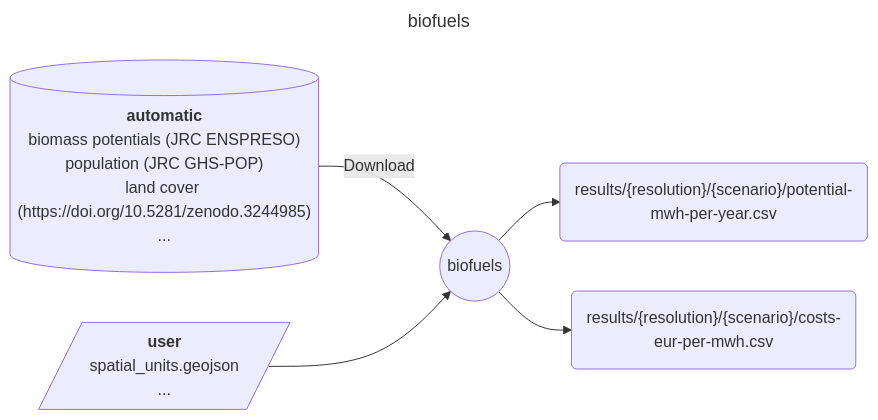
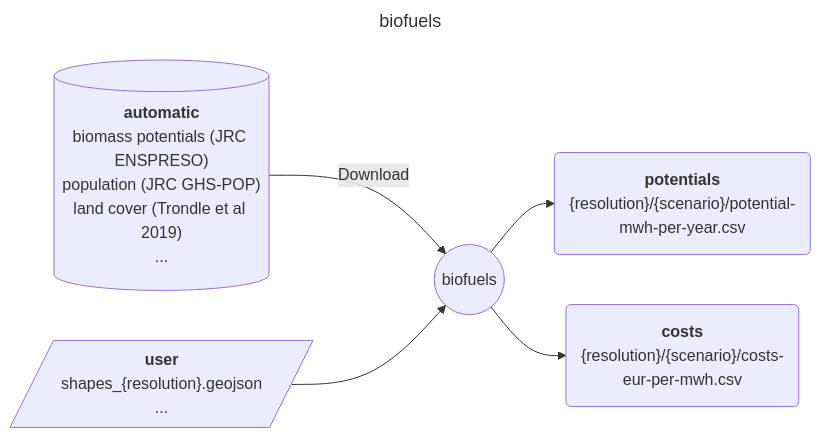
Before and after one commit to calliope-project/ec_modules: the diagram in modules/biofuels/README.md, drawn with Mermaid. The commit also changed other lines of this file and 5 other files, not shown here.

````diff
--- a/modules/biofuels/README.md
+++ b/modules/biofuels/README.md
@@ -9,22 +9,22 @@
 ```mermaid
 ---
 title: biofuels
 ---
 flowchart LR
     D1[("`**automatic**
         biomass potentials (JRC ENSPRESO)
         population (JRC GHS-POP)
-        land cover (https://doi.org/10.5281/zenodo.3244985)
+        land cover (Trondle et al 2019)
         ...
     `")] --> |Download| M
     C1[/"`**user**
-        spatial_units.geojson
+        shapes_{resolution}.geojson
         ...
     `"/] --> M((biofuels))
-    M --> O1("
-        results/{resolution}/{scenario}/potential-mwh-per-year.csv
-        ")
-    M --> O2("
-        results/{resolution}/{scenario}/costs-eur-per-mwh.csv
-        ")
+    M --> O1("`**potentials**
+        {resolution}/{scenario}/potential-mwh-per-year.csv
+        `")
+    M --> O2("`**costs**
+        {resolution}/{scenario}/costs-eur-per-mwh.csv
+        `")
 ```
````
